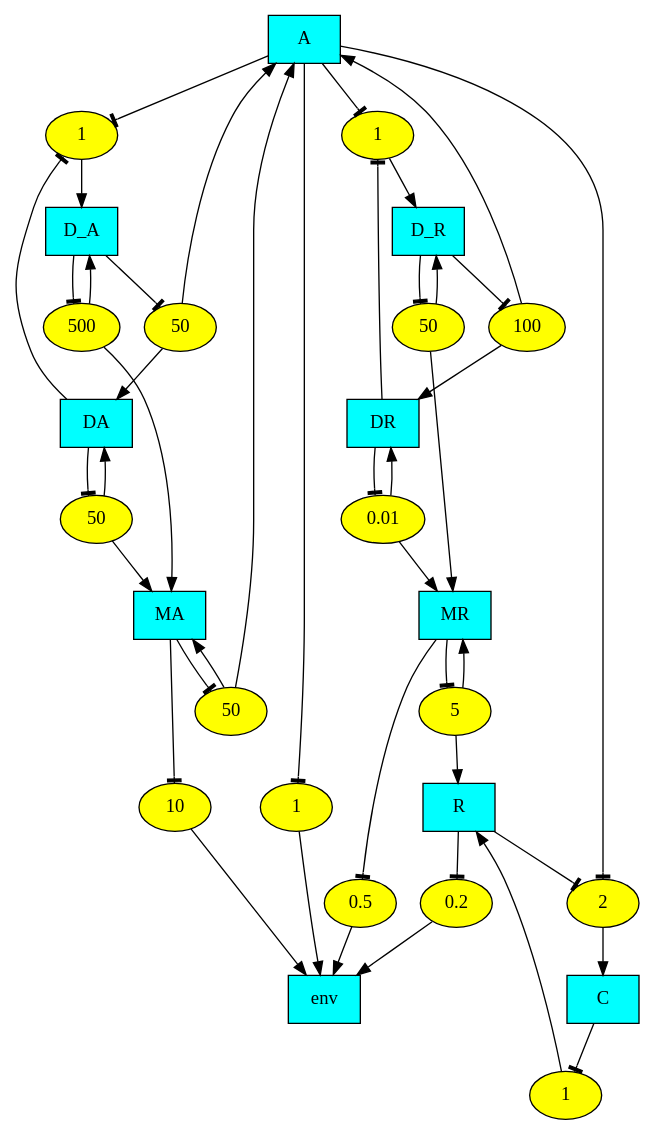
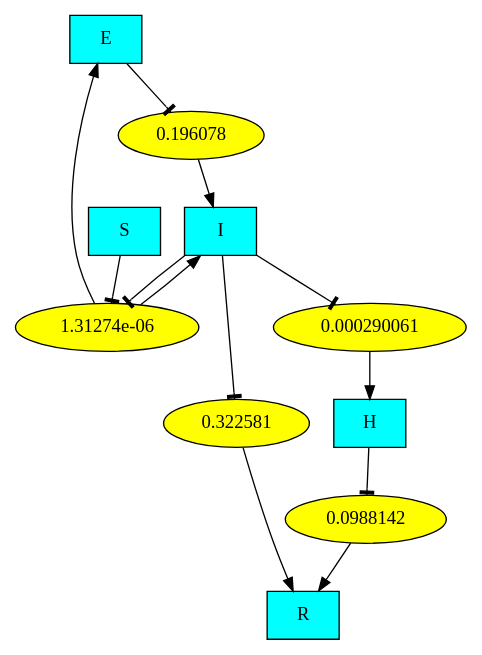
Before and after one commit to andreaswurtz/Stochastic-Simulation-Library: the diagram in dotoutput/covid19.dot, drawn with Graphviz. The commit also changed 18 other files, not shown here.

```diff
--- a/dotoutput/covid19.dot
+++ b/dotoutput/covid19.dot
@@ -1,71 +1,24 @@
 digraph {
-    A [label="A", shape="box", style="filled", fillcolor="cyan"];
-    C [label="C", shape="box", style="filled", fillcolor="cyan"];
-    DA [label="DA", shape="box", style="filled", fillcolor="cyan"];
-    DR [label="DR", shape="box", style="filled", fillcolor="cyan"];
-    D_A [label="D_A", shape="box", style="filled", fillcolor="cyan"];
-    D_R [label="D_R", shape="box", style="filled", fillcolor="cyan"];
-    MA [label="MA", shape="box", style="filled", fillcolor="cyan"];
-    MR [label="MR", shape="box", style="filled", fillcolor="cyan"];
+    E [label="E", shape="box", style="filled", fillcolor="cyan"];
+    H [label="H", shape="box", style="filled", fillcolor="cyan"];
+    I [label="I", shape="box", style="filled", fillcolor="cyan"];
     R [label="R", shape="box", style="filled", fillcolor="cyan"];
-    env [label="env", shape="box", style="filled", fillcolor="cyan"];
-    r0 [label="1", shape="oval", style="filled", fillcolor="yellow"];
-    A -> r0 [arrowhead="tee"];
-    DA -> r0 [arrowhead="tee"];
-    r0 -> D_A;
-    r1 [label="50", shape="oval", style="filled", fillcolor="yellow"];
-    D_A -> r1 [arrowhead="tee"];
-    r1 -> DA;
-    r1 -> A;
-    r2 [label="1", shape="oval", style="filled", fillcolor="yellow"];
-    A -> r2 [arrowhead="tee"];
-    DR -> r2 [arrowhead="tee"];
-    r2 -> D_R;
-    r3 [label="100", shape="oval", style="filled", fillcolor="yellow"];
-    D_R -> r3 [arrowhead="tee"];
-    r3 -> DR;
-    r3 -> A;
-    r4 [label="500", shape="oval", style="filled", fillcolor="yellow"];
-    D_A -> r4 [arrowhead="tee"];
-    r4 -> MA;
-    r4 -> D_A;
-    r5 [label="50", shape="oval", style="filled", fillcolor="yellow"];
-    DA -> r5 [arrowhead="tee"];
-    r5 -> MA;
-    r5 -> DA;
-    r6 [label="50", shape="oval", style="filled", fillcolor="yellow"];
-    D_R -> r6 [arrowhead="tee"];
-    r6 -> MR;
-    r6 -> D_R;
-    r7 [label="0.01", shape="oval", style="filled", fillcolor="yellow"];
-    DR -> r7 [arrowhead="tee"];
-    r7 -> MR;
-    r7 -> DR;
-    r8 [label="50", shape="oval", style="filled", fillcolor="yellow"];
-    MA -> r8 [arrowhead="tee"];
-    r8 -> MA;
-    r8 -> A;
-    r9 [label="5", shape="oval", style="filled", fillcolor="yellow"];
-    MR -> r9 [arrowhead="tee"];
-    r9 -> MR;
-    r9 -> R;
-    r10 [label="2", shape="oval", style="filled", fillcolor="yellow"];
-    A -> r10 [arrowhead="tee"];
-    R -> r10 [arrowhead="tee"];
-    r10 -> C;
-    r11 [label="1", shape="oval", style="filled", fillcolor="yellow"];
-    C -> r11 [arrowhead="tee"];
-    r11 -> R;
-    r12 [label="1", shape="oval", style="filled", fillcolor="yellow"];
-    A -> r12 [arrowhead="tee"];
-    r12 -> env;
-    r13 [label="0.2", shape="oval", style="filled", fillcolor="yellow"];
-    R -> r13 [arrowhead="tee"];
-    r13 -> env;
-    r14 [label="10", shape="oval", style="filled", fillcolor="yellow"];
-    MA -> r14 [arrowhead="tee"];
-    r14 -> env;
-    r15 [label="0.5", shape="oval", style="filled", fillcolor="yellow"];
-    MR -> r15 [arrowhead="tee"];
-    r15 -> env;
+    S [label="S", shape="box", style="filled", fillcolor="cyan"];
+    r0 [label="1.31274e-06", shape="oval", style="filled", fillcolor="yellow"];
+    S -> r0 [arrowhead="tee"];
+    I -> r0 [arrowhead="tee"];
+    r0 -> E;
+    r0 -> I;
+    r1 [label="0.196078", shape="oval", style="filled", fillcolor="yellow"];
+    E -> r1 [arrowhead="tee"];
+    r1 -> I;
+    r2 [label="0.322581", shape="oval", style="filled", fillcolor="yellow"];
+    I -> r2 [arrowhead="tee"];
+    r2 -> R;
+    r3 [label="0.000290061", shape="oval", style="filled", fillcolor="yellow"];
+    I -> r3 [arrowhead="tee"];
+    r3 -> H;
+    r4 [label="0.0988142", shape="oval", style="filled", fillcolor="yellow"];
+    H -> r4 [arrowhead="tee"];
+    r4 -> R;
 }
```
